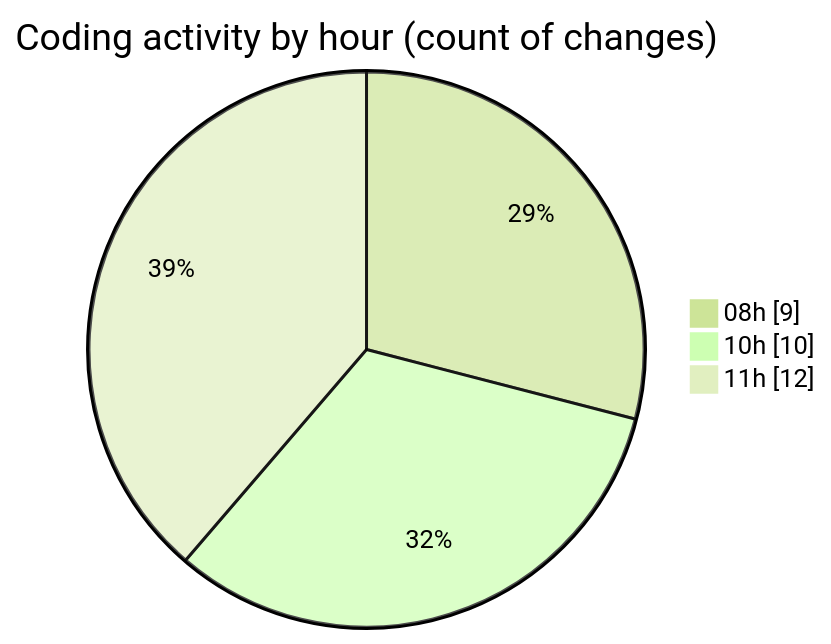
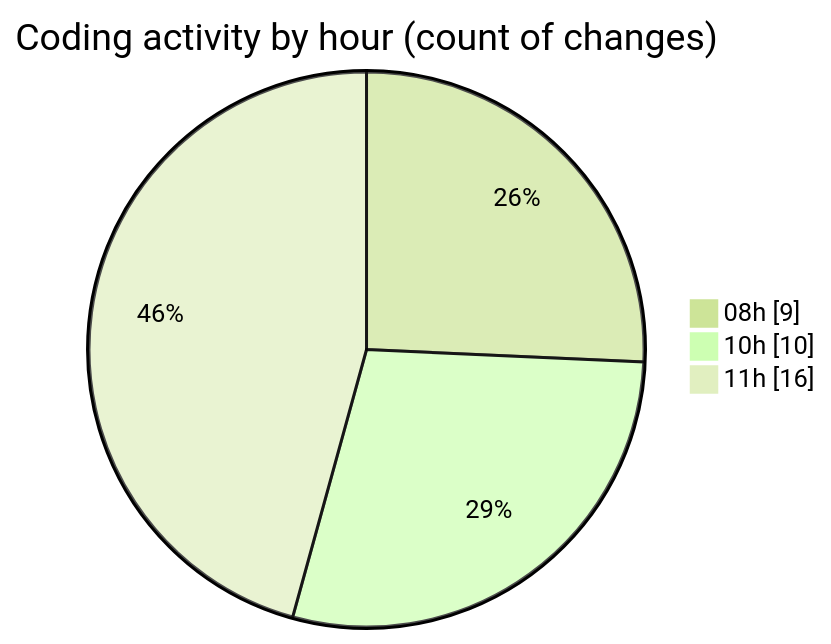
Before and after one commit to julien-gomy/code-tracking: the second of 2 diagrams in 2025-11-04/cdp_aleoudev_fr__workspace_/README.md, drawn with Mermaid (forest theme). The commit also changed other lines of this file and 1 other file, not shown here.

````diff
--- a/2025-11-04/cdp_aleoudev_fr__workspace_/README.md
+++ b/2025-11-04/cdp_aleoudev_fr__workspace_/README.md
@@ -30,7 +31,7 @@
 ```mermaid
 pie showData
 title Coding activity by hour (count of changes)
 "08h" : 9
 "10h" : 10
-"11h" : 12
+"11h" : 16
 ```
````
